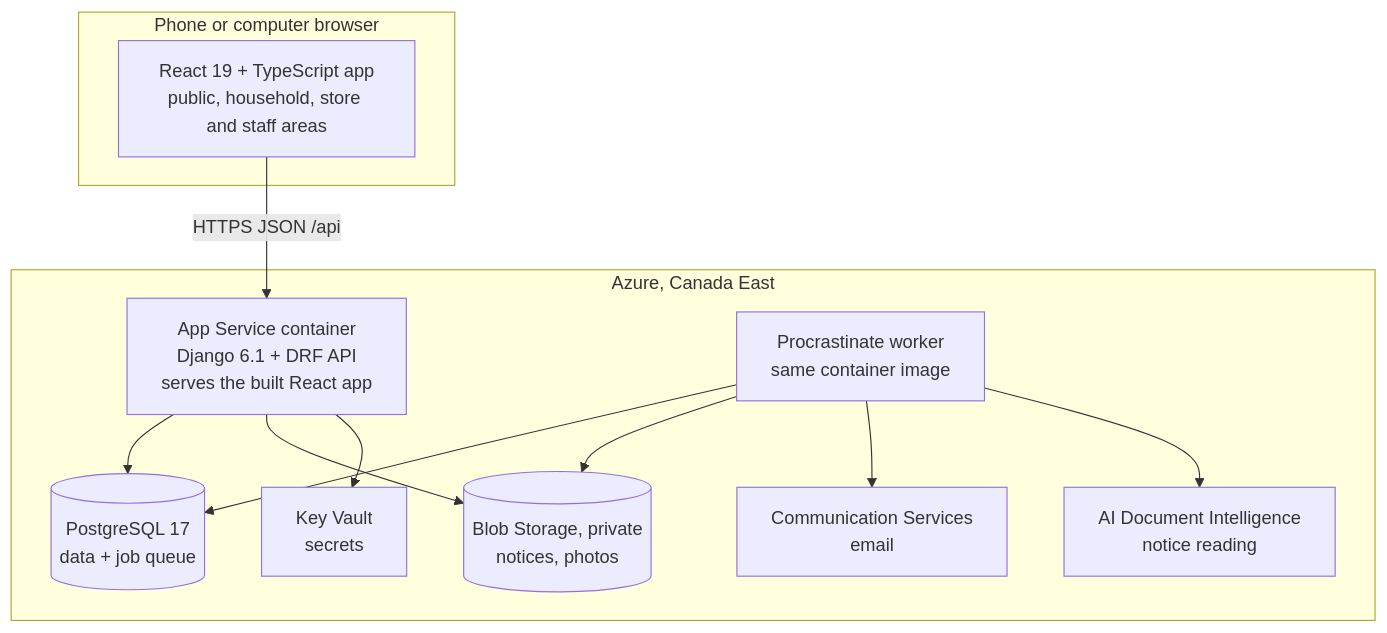
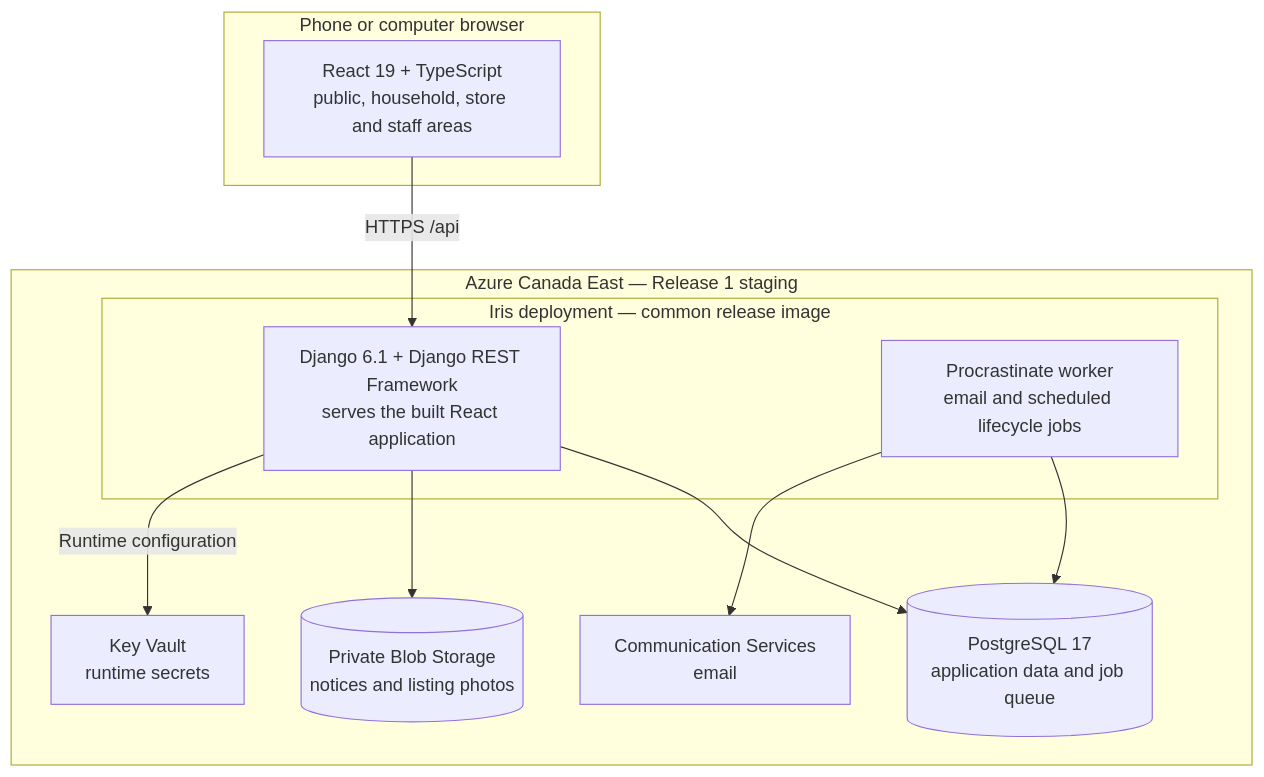
Before and after one commit to B-A-D-R-SL/iris: the second of 10 diagrams in docs/04-architecture/architecture.md, drawn with Mermaid. The commit also changed other lines of this file and 3 other files, not shown here.

Commit message:
Drafted the architecture document for release 1

````diff
--- a/docs/04-architecture/architecture.md
+++ b/docs/04-architecture/architecture.md
@@ -26,23 +174,25 @@
 ```mermaid
 flowchart TB
-    subgraph browser[Phone or computer browser]
-        spa[React 19 + TypeScript app<br/>public, household, store and staff areas]
+    subgraph Browser["Phone or computer browser"]
+        React["React 19 + TypeScript<br/>public, household, store and staff areas"]
     end
-    subgraph azure[Azure, Canada East]
-        app[App Service container<br/>Django 6.1 + DRF API<br/>serves the built React app]
-        worker[Procrastinate worker<br/>same container image]
-        db[(PostgreSQL 17<br/>data + job queue)]
-        blob[(Blob Storage, private<br/>notices, photos)]
-        mail[Communication Services<br/>email]
-        di[AI Document Intelligence<br/>notice reading]
-        kv[Key Vault<br/>secrets]
+
+    subgraph Azure["Azure Canada East — Release 1 staging"]
+        subgraph Iris["Iris deployment — common release image"]
+            API["Django 6.1 + Django REST Framework<br/>serves the built React application"]
+            Worker["Procrastinate worker<br/>email and scheduled lifecycle jobs"]
+        end
+
+        DB[("PostgreSQL 17<br/>application data and job queue")]
+        Blob[("Private Blob Storage<br/>notices and listing photos")]
+        Mail["Communication Services<br/>email"]
+        Vault["Key Vault<br/>runtime secrets"]
     end
-    spa -- HTTPS JSON /api --> app
-    app --> db
-    worker --> db
-    app --> blob
-    worker --> blob
-    worker --> mail
-    worker --> di
-    app --> kv
+
+    React -->|"HTTPS /api"| API
+    API --> DB
+    API --> Blob
+    API -->|"Runtime configuration"| Vault
+    Worker --> DB
+    Worker --> Mail
 ```
````
